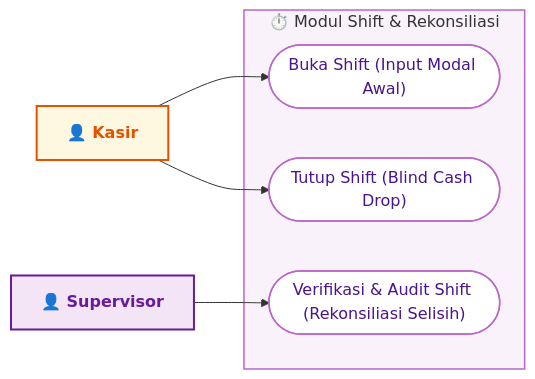
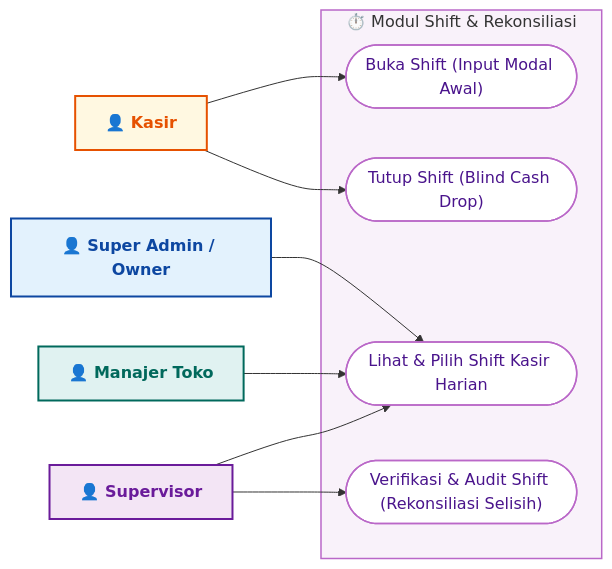
One commit to keyvano07/SISTEM-POINT-OF-SALE-KEPOS- changed the fourth of 8 diagrams in 1. Desain Sistem (SAD) /Use_Case_Diagram.md. Above: the diagram before and after it, drawn with Mermaid. The commit also changed other lines of this file and 19 other files, not shown here.

````diff
--- a/1. Desain Sistem (SAD) /Use_Case_Diagram.md
+++ b/1. Desain Sistem (SAD) /Use_Case_Diagram.md
@@ -204,25 +204,35 @@
 ```mermaid
 graph LR
     Kasir["👤 Kasir"]
     Supervisor["👤 Supervisor"]
+    Manager["👤 Manajer Toko"]
+    SuperAdmin["👤 Super Admin / Owner"]
     
     subgraph Modul_Shift_Rekonsiliasi ["⏱️ Modul Shift & Rekonsiliasi"]
         UC_OpenShift(["Buka Shift (Input Modal Awal)"])
         UC_CloseShift(["Tutup Shift (Blind Cash Drop)"])
+        UC_MonitorShifts(["Lihat & Pilih Shift Kasir Harian"])
         UC_AuditShift(["Verifikasi & Audit Shift (Rekonsiliasi Selisih)"])
     end
     
     Kasir --> UC_OpenShift
     Kasir --> UC_CloseShift
+    Supervisor --> UC_MonitorShifts
     Supervisor --> UC_AuditShift
+    Manager --> UC_MonitorShifts
+    SuperAdmin --> UC_MonitorShifts
     
     style Modul_Shift_Rekonsiliasi fill:#F9F2FA,stroke:#BA68C8,stroke-width:1.5px;
     
     classDef staffStyle fill:#FFF8E1,stroke:#E65100,stroke-width:2px,color:#E65100,font-weight:bold;
     classDef supervisorStyle fill:#F3E5F5,stroke:#6A1B9A,stroke-width:2px,color:#6A1B9A,font-weight:bold;
+    classDef managerStyle fill:#E0F2F1,stroke:#00695C,stroke-width:2px,color:#00695C,font-weight:bold;
+    classDef adminStyle fill:#E3F2FD,stroke:#0D47A1,stroke-width:2px,color:#0D47A1,font-weight:bold;
     classDef ucStyle fill:#FFFFFF,stroke:#BA68C8,stroke-width:1.5px,color:#4A148C;
     
     class Kasir staffStyle;
     class Supervisor supervisorStyle;
-    class UC_OpenShift,UC_CloseShift,UC_AuditShift ucStyle;
+    class Manager managerStyle;
+    class SuperAdmin adminStyle;
+    class UC_OpenShift,UC_CloseShift,UC_MonitorShifts,UC_AuditShift ucStyle;
 ```
````
